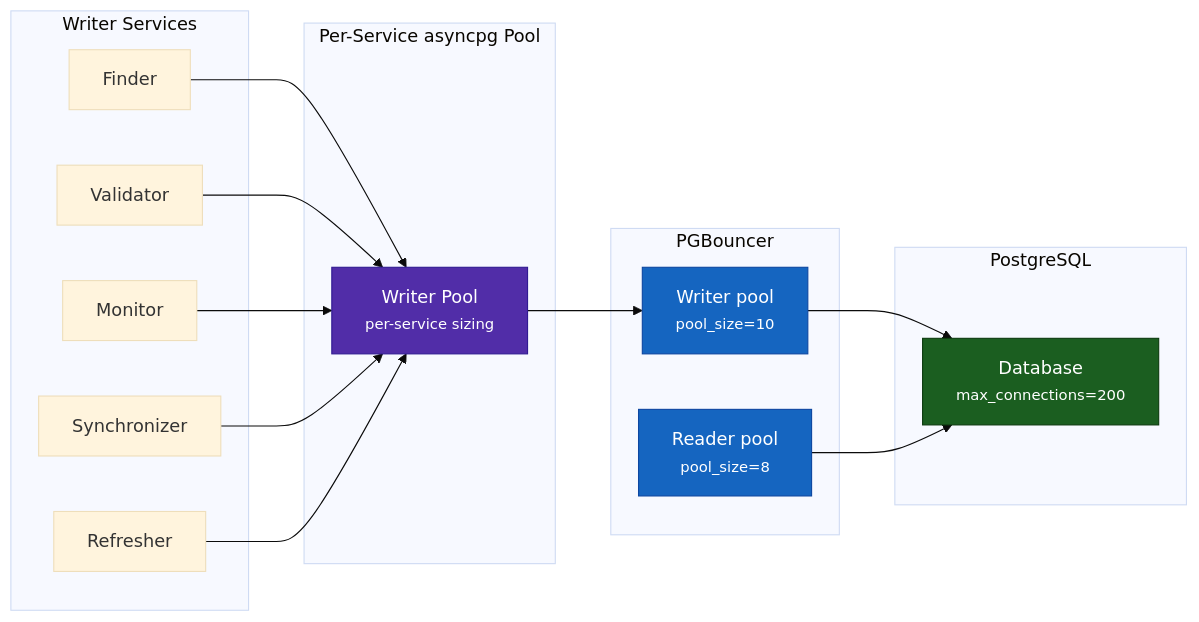
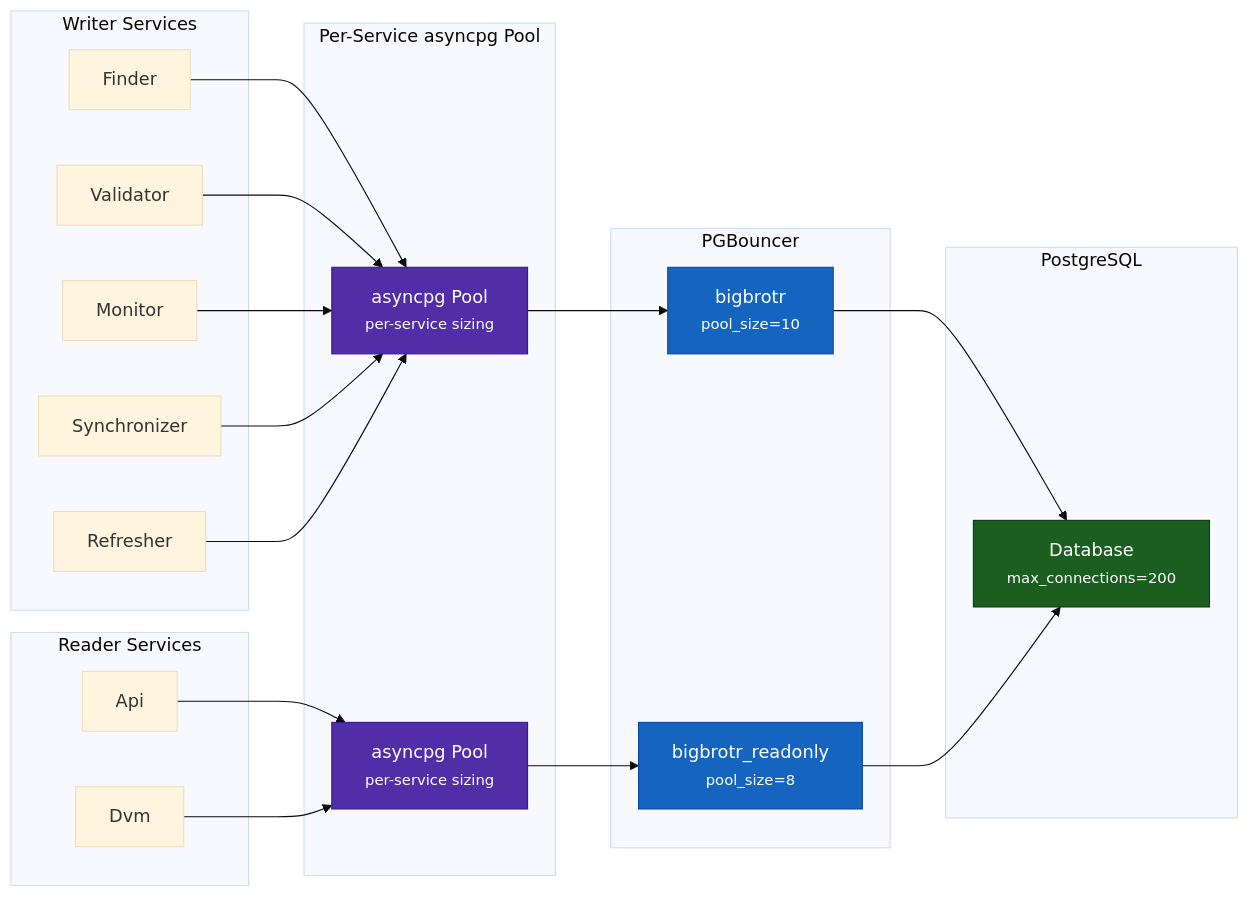
One commit to BigBrotr/bigbrotr changed the sixth of 7 diagrams in docs/user-guide/architecture.md. Above: the diagram before and after it, drawn with Mermaid (base theme). The commit also changed other lines of this file and 2 other files, not shown here.

Commit message:
docs: clean up ASCII diagrams and fix mermaid pooling chart
Replace complex box-drawing service architecture diagrams with cleaner
vertical-branch layouts in README and PROJECT_SPECIFICATION. Fix ERD
pipe bug (├ → └ on last relay branch). Correct architecture.md mermaid
to show actual PGBouncer topology (2 pools matching pgbouncer.ini) and
add missing Api/Dvm reader services.

````diff
--- a/docs/user-guide/architecture.md
+++ b/docs/user-guide/architecture.md
@@ -535,37 +535,47 @@
 ```mermaid
 flowchart LR
     subgraph "Writer Services"
         F["Finder"]
         V["Validator"]
         MO["Monitor"]
         SY["Synchronizer"]
         RE["Refresher"]
     end
 
+    subgraph "Reader Services"
+        API["Api"]
+        DVM["Dvm"]
+    end
+
     subgraph "Per-Service asyncpg Pool"
-        APW["Writer Pool<br/><small>per-service sizing</small>"]
+        APW["asyncpg Pool<br/><small>per-service sizing</small>"]
+        APR["asyncpg Pool<br/><small>per-service sizing</small>"]
     end
 
     subgraph PGBouncer
-        PBW["Writer pool<br/><small>pool_size=10</small>"]
-        PBR["Reader pool<br/><small>pool_size=8</small>"]
+        PBW["bigbrotr<br/><small>pool_size=10</small>"]
+        PBR["bigbrotr_readonly<br/><small>pool_size=8</small>"]
     end
 
     subgraph PostgreSQL
         PG["Database<br/><small>max_connections=200</small>"]
     end
 
     F --> APW
     V --> APW
     MO --> APW
     SY --> APW
     RE --> APW
+    API --> APR
+    DVM --> APR
     APW --> PBW
+    APR --> PBR
     PBW --> PG
     PBR --> PG
 
     style APW fill:#512DA8,color:#fff,stroke:#311B92
+    style APR fill:#512DA8,color:#fff,stroke:#311B92
     style PBW fill:#1565C0,color:#fff,stroke:#0D47A1
     style PBR fill:#1565C0,color:#fff,stroke:#0D47A1
     style PG fill:#1B5E20,color:#fff,stroke:#0D3B0F
 ```
````
